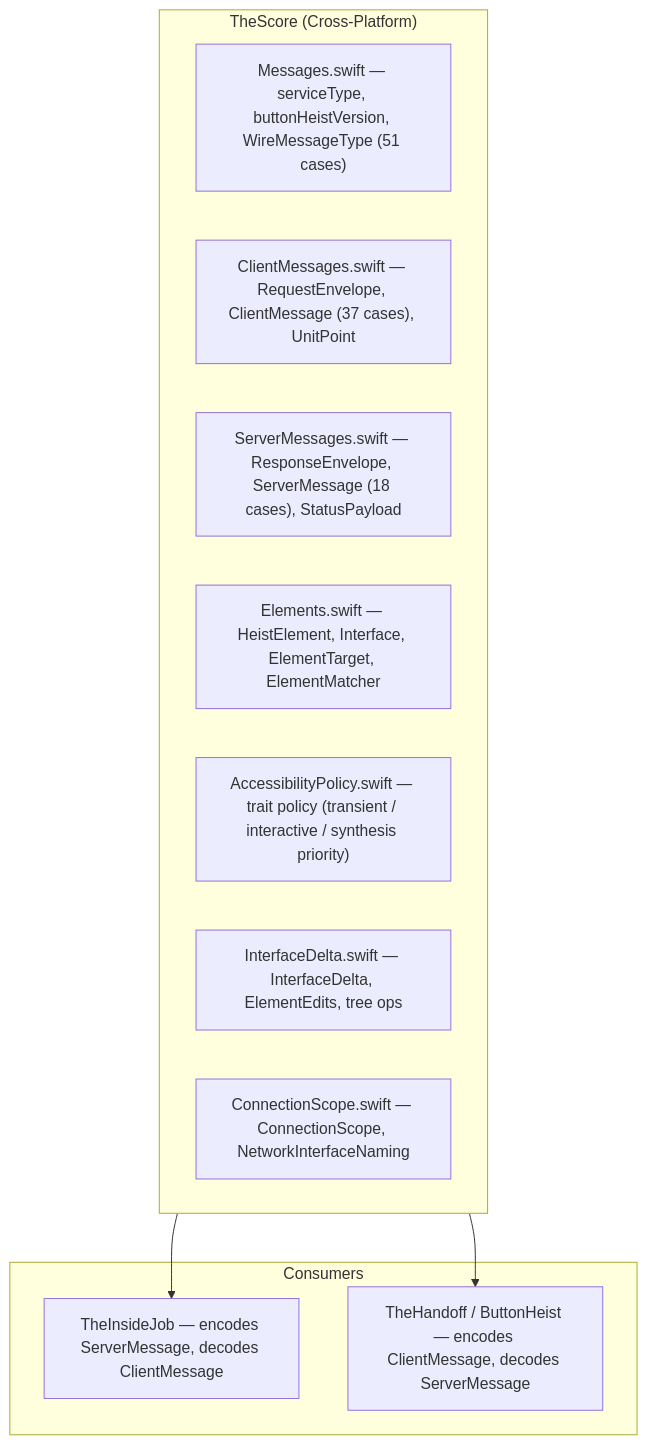
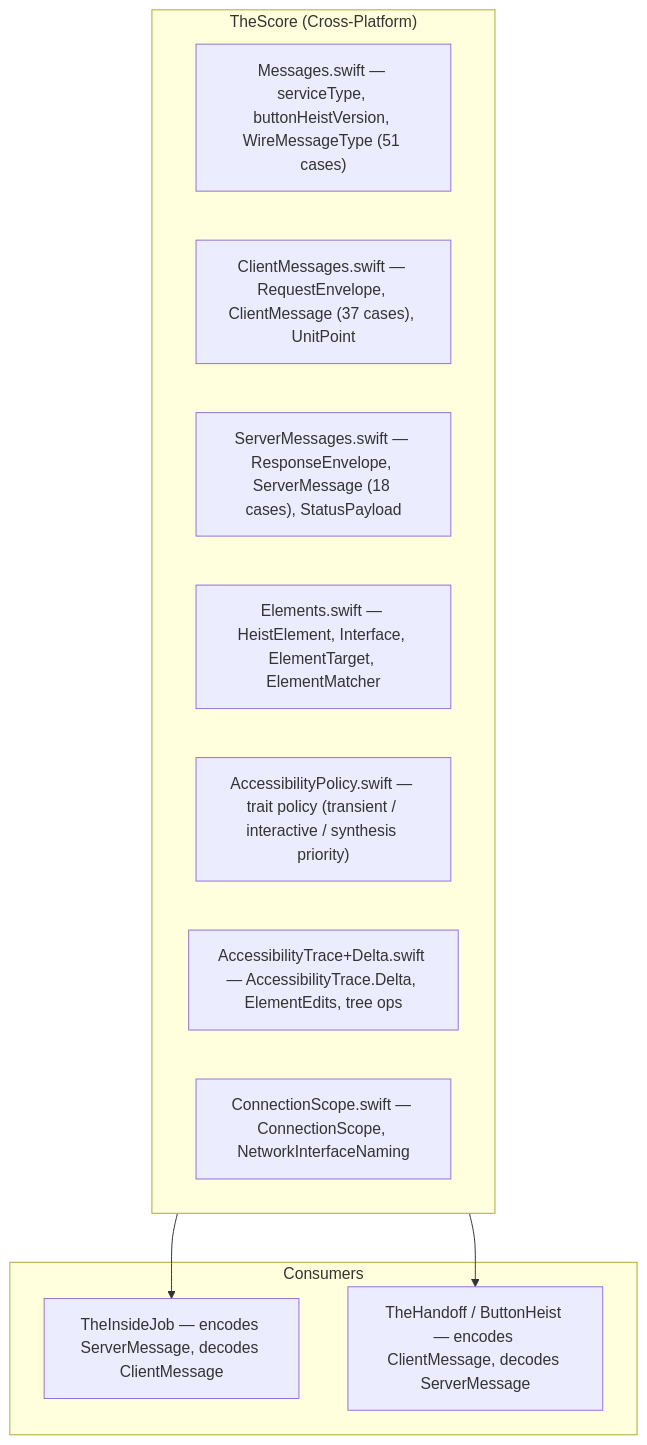
One commit to RoyalPineapple/TheButtonHeist changed the first of 7 diagrams in docs/dossiers/18-THESCORE.md. Above: the diagram before and after it, drawn with Mermaid. The commit also changed other lines of this file and 19 other files, not shown here.

````diff
--- a/docs/dossiers/18-THESCORE.md
+++ b/docs/dossiers/18-THESCORE.md
@@ -58,20 +58,20 @@
 ```mermaid
 graph TD
     subgraph TheScore["TheScore (Cross-Platform)"]
         Messages["Messages.swift — serviceType, buttonHeistVersion, WireMessageType (51 cases)"]
         Client["ClientMessages.swift — RequestEnvelope, ClientMessage (37 cases), UnitPoint"]
         Server["ServerMessages.swift — ResponseEnvelope, ServerMessage (18 cases), StatusPayload"]
         Elements["Elements.swift — HeistElement, Interface, ElementTarget, ElementMatcher"]
         Policy["AccessibilityPolicy.swift — trait policy (transient / interactive / synthesis priority)"]
-        Delta["InterfaceDelta.swift — InterfaceDelta, ElementEdits, tree ops"]
+        Delta["AccessibilityTrace+Delta.swift — AccessibilityTrace.Delta, ElementEdits, tree ops"]
         ConnScope["ConnectionScope.swift — ConnectionScope, NetworkInterfaceNaming"]
     end
 
     subgraph Consumers["Consumers"]
         TheInsideJob["TheInsideJob — encodes ServerMessage, decodes ClientMessage"]
         TH["TheHandoff / ButtonHeist — encodes ClientMessage, decodes ServerMessage"]
     end
 
     TheScore --> TheInsideJob
     TheScore --> TH
 ```
````
